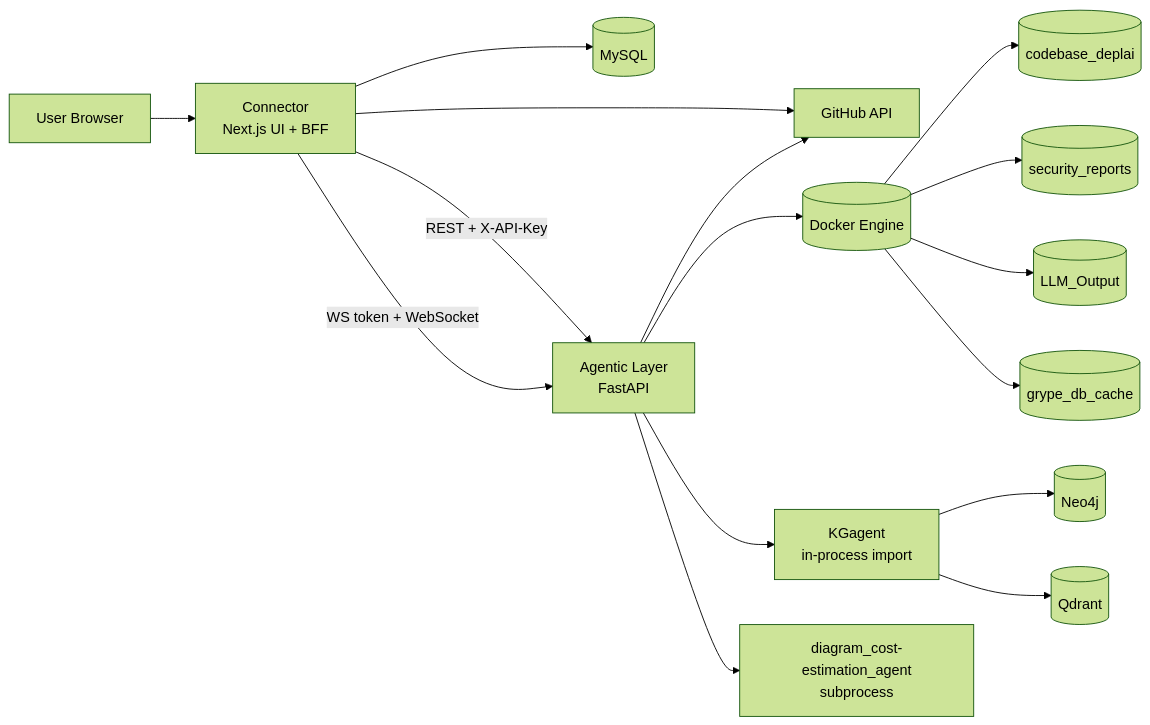
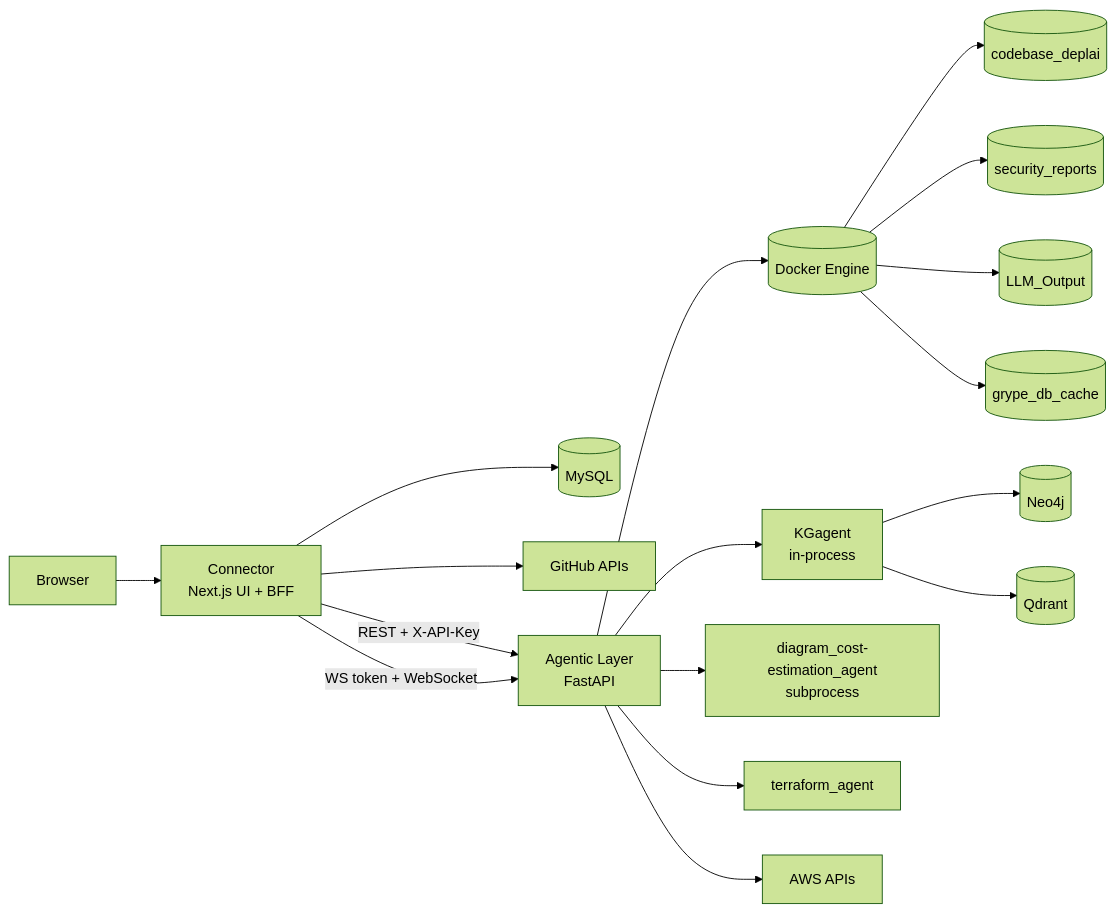
One commit to adityajayashankar/Deplai changed the second of 2 diagrams in README.md. Above: the diagram before and after it, drawn with Mermaid (forest theme). The commit also changed other lines of this file and 16 other files, not shown here.

````diff
--- a/README.md
+++ b/README.md
@@ -34,21 +117,22 @@
 ```mermaid
 flowchart LR
-    U[User Browser] --> C[Connector<br/>Next.js UI + BFF]
-    C --> DB[(MySQL)]
-    C -->|REST + X-API-Key| A[Agentic Layer<br/>FastAPI]
-    C -->|WS token + WebSocket| A
-    C --> G[GitHub API]
+    User[Browser] --> Connector[Connector<br/>Next.js UI + BFF]
+    Connector --> MySQL[(MySQL)]
+    Connector --> GitHub[GitHub APIs]
+    Connector -->|REST + X-API-Key| Agentic[Agentic Layer<br/>FastAPI]
+    Connector -->|WS token + WebSocket| Agentic
 
-    A --> D[(Docker Engine)]
-    D --> V1[(codebase_deplai)]
-    D --> V2[(security_reports)]
-    D --> V3[(LLM_Output)]
-    D --> V4[(grype_db_cache)]
+    Agentic --> Docker[(Docker Engine)]
+    Docker --> Codebase[(codebase_deplai)]
+    Docker --> Reports[(security_reports)]
+    Docker --> Output[(LLM_Output)]
+    Docker --> Grype[(grype_db_cache)]
 
-    A --> KG[KGagent<br/>in-process import]
-    KG --> N[(Neo4j)]
-    KG --> Q[(Qdrant)]
+    Agentic --> KGagent[KGagent<br/>in-process]
+    KGagent --> Neo4j[(Neo4j)]
+    KGagent --> Qdrant[(Qdrant)]
 
-    A --> S7[diagram_cost-estimation_agent<br/>subprocess]
-    A --> G
+    Agentic --> Stage7[diagram_cost-estimation_agent<br/>subprocess]
+    Agentic --> Terraform[terraform_agent]
+    Agentic --> AWS[AWS APIs]
 ```
````
